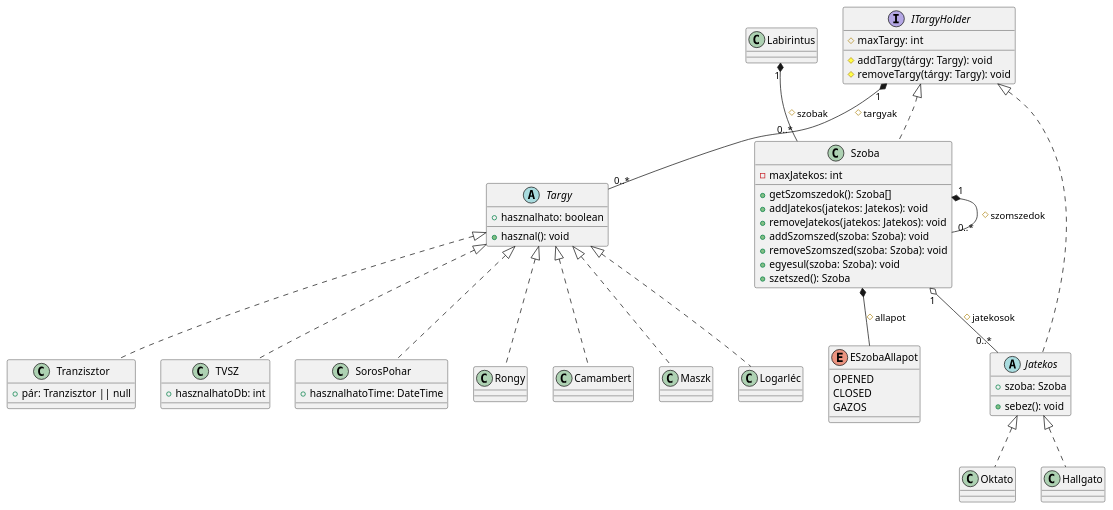
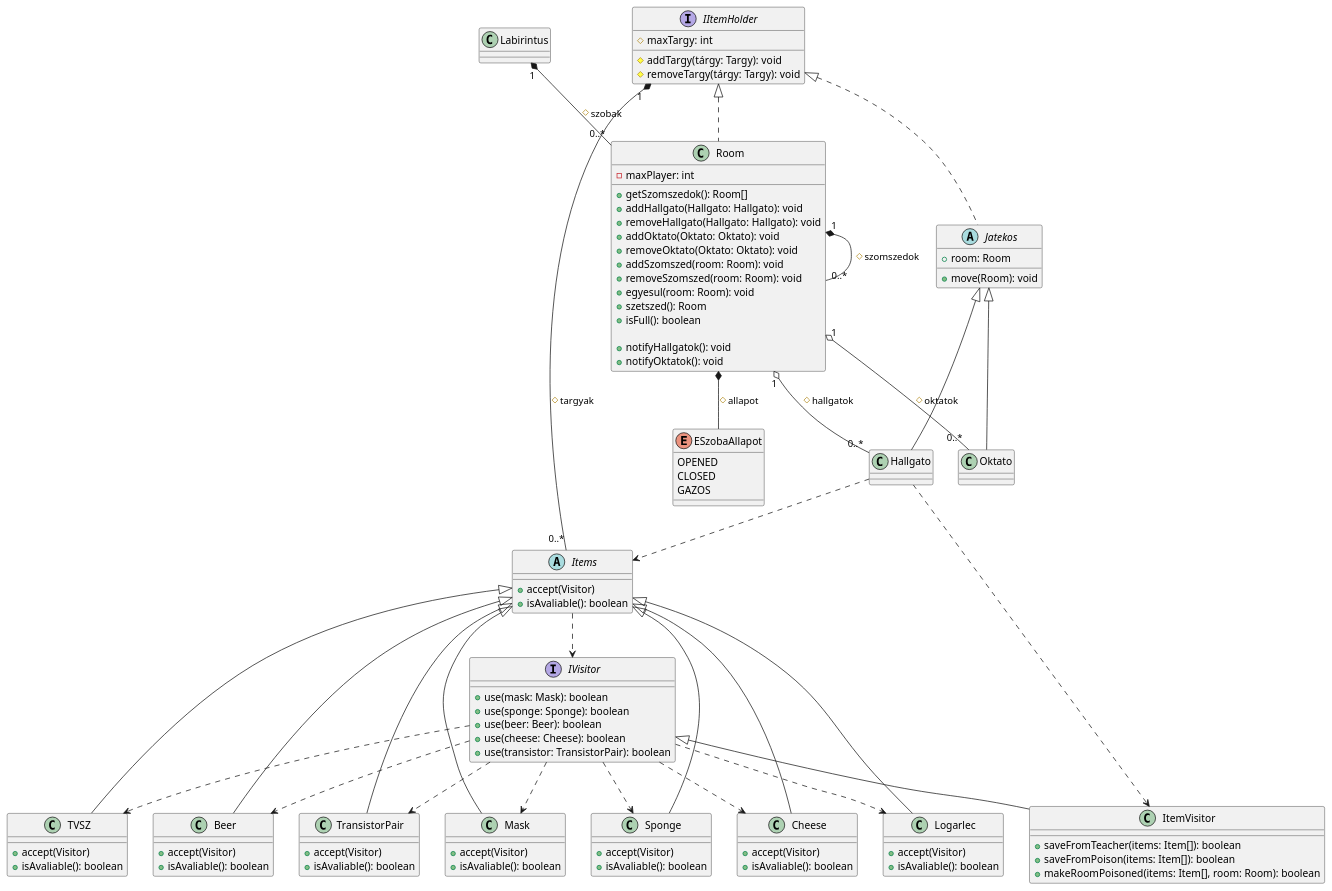
Before and after one commit to MBakter/echo: the diagram in docs/UML.plantuml, drawn with PlantUML.

Commit message:
Before big edit

```diff
--- a/docs/UML.plantuml
+++ b/docs/UML.plantuml
@@ -1,90 +1,149 @@
 @startuml UML
 
-class Labirintus {}
-
-class Szoba implements ITargyHolder{
-    - maxJatekos: int
-
-    +getSzomszedok(): Szoba[]
-    +addJatekos(jatekos: Jatekos): void
-    +removeJatekos(jatekos: Jatekos): void
-    +addSzomszed(szoba: Szoba): void
-    +removeSzomszed(szoba: Szoba): void
-    +egyesul(szoba: Szoba): void
-    +szetszed(): Szoba
+class Labirintus {
 
 }
 
-Szoba "1" o-- "0..*" Jatekos: # jatekosok
-Szoba "1" *-- "0..*" Szoba: # szomszedok
-ITargyHolder "1" *-- "0..*" Targy: # targyak
-Szoba *-- ESzobaAllapot: # allapot
-Labirintus "1" *-- "0..*" Szoba: # szobak
+class Room implements IItemHolder{
+    - maxPlayer: int
 
-abstract class Targy {
-  + hasznalhato: boolean
-  + hasznal(): void
-}
+    +getSzomszedok(): Room[]
+    +addHallgato(Hallgato: Hallgato): void
+    +removeHallgato(Hallgato: Hallgato): void
+    +addOktato(Oktato: Oktato): void
+    +removeOktato(Oktato: Oktato): void
+    +addSzomszed(room: Room): void
+    +removeSzomszed(room: Room): void
+    +egyesul(room: Room): void
+    +szetszed(): Room
+    +isFull(): boolean
 
-abstract class Jatekos implements ITargyHolder{
-  + szoba: Szoba
-  + sebez(): void
+    +notifyHallgatok(): void
+    +notifyOktatok(): void
 
 }
 
+Room "1" o-- "0..*" Hallgato: # hallgatok
+Room "1" o-- "0..*" Oktato: # oktatok
+Room "1" *-- "0..*" Room: # szomszedok
+IItemHolder "1" *-- "0..*" Items: # targyak
+Room *-- ESzobaAllapot: # allapot
+Labirintus "1" *-- "0..*" Room: # szobak
 
-class Oktato implements Jatekos{}
-class Hallgato implements Jatekos{
+abstract class Jatekos implements IItemHolder{
+  + room: Room
+  + move(Room): void
 }
 
-class Tranzisztor implements Targy{
-  + pár: Tranzisztor || null
+interface IVisitor {
+  + use(mask: Mask): boolean
+  + use(sponge: Sponge): boolean
+  + use(beer: Beer): boolean
+  + use(cheese: Cheese): boolean
+  + use(transistor: TransistorPair): boolean
 }
-class TVSZ implements Targy{
-  + hasznalhatoDb: int
+
+class ItemVisitor {
+  + saveFromTeacher(items: Item[]): boolean
+  + saveFromPoison(items: Item[]): boolean
+  + makeRoomPoisoned(items: Item[], room: Room): boolean
 }
-class SorosPohar implements Targy{
-  + hasznalhatoTime: DateTime
+
+IVisitor <|-- ItemVisitor
+
+abstract class Items {
+  + accept(Visitor)
+  + isAvaliable(): boolean
 }
-class Camambert implements Targy{}
-class Maszk implements Targy{}
-class Rongy implements Targy{}
-class Logarléc implements Targy{}
 
-interface ITargyHolder {
+class TVSZ extends Items {
+  + accept(Visitor)
+  + isAvaliable(): boolean
+}
+
+class Beer extends Items {
+  + accept(Visitor)
+  + isAvaliable(): boolean
+}
+
+class TransistorPair extends Items {
+  + accept(Visitor)
+  + isAvaliable(): boolean
+}
+
+class Mask extends Items {
+  + accept(Visitor)
+  + isAvaliable(): boolean
+}
+
+class Sponge extends Items {
+  + accept(Visitor)
+  + isAvaliable(): boolean
+}
+
+class Cheese extends Items {
+  + accept(Visitor)
+  + isAvaliable(): boolean
+}
+
+class Logarlec extends Items {
+  + accept(Visitor)
+  + isAvaliable(): boolean
+}
+
+Items ..> IVisitor
+IVisitor ..>  TVSZ
+IVisitor ..>  TransistorPair
+IVisitor ..>  Beer
+IVisitor ..>  Cheese
+IVisitor ..>  Mask
+IVisitor ..>  Logarlec
+IVisitor ..>  Sponge
+
+
+Hallgato ..> ItemVisitor
+Hallgato ..> Items
+
+
+class Oktato extends Jatekos{}
+class Hallgato extends Jatekos{}
+
+
+
+interface IItemHolder {
     # maxTargy: int
     # addTargy(tárgy: Targy): void
     # removeTargy(tárgy: Targy): void
 }
 
 enum ESzobaAllapot {
   OPENED
   CLOSED
   GAZOS
 }
 
 ' interface IActor{
 '   +accept(TargyVisitor): void
 '   +mozog(Szoba): Szoba
 ' }
 ' interface TargyVisitor
 ' interface SzobaEventListener{
 '   +update(eventType): void
 ' }
 
 ' abstract class Actor implements IActor, SzobaEventListener {
 '   #jelenSzoba: Szoba
 '   +felvesz(Targy): void
 '   +lerak(Targy):void
 ' }
 ' class Hallgato implements Actor {
 '   +hasznal(Targy): void
 ' }
 ' class Oktato implements Actor {
 ' }
 
 ' Actor "1" --* "0..*" Szoba
 ' IActor - TargyVisitor
 
 
 @enduml
```
